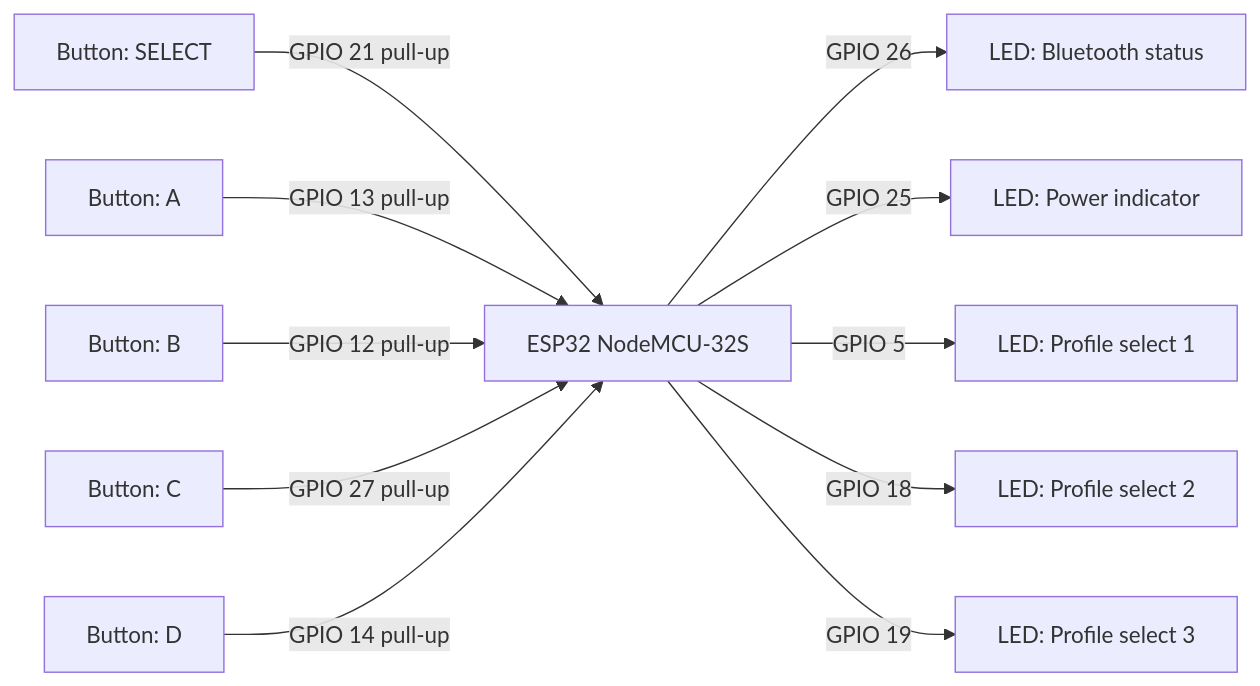
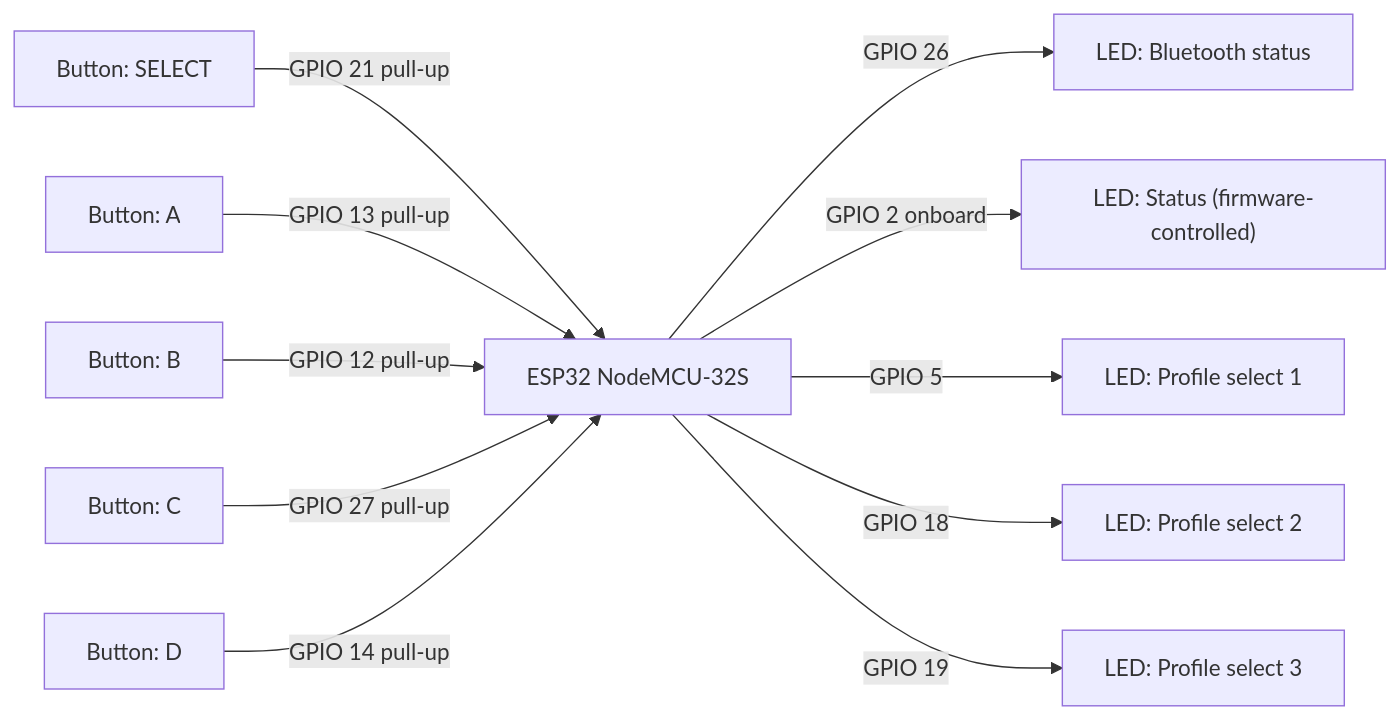
One commit to tgd1975/AwesomeStudioPedal changed the diagram in docs/builders/BUILD_GUIDE.md. Above: the diagram before and after it, drawn with Mermaid. The commit also changed other lines of this file and 717 other files, not shown here.

````diff
--- a/docs/builders/BUILD_GUIDE.md
+++ b/docs/builders/BUILD_GUIDE.md
@@ -26,16 +30,16 @@
 ```mermaid
 graph LR
     ESP["ESP32 NodeMCU-32S"]
 
     ESP -->|GPIO 26| BLE_LED["LED: Bluetooth status"]
-    ESP -->|GPIO 25| PWR_LED["LED: Power indicator"]
+    ESP -->|GPIO 2 onboard| STATUS_LED["LED: Status (firmware-controlled)"]
     ESP -->|GPIO 5| SEL1["LED: Profile select 1"]
     ESP -->|GPIO 18| SEL2["LED: Profile select 2"]
     ESP -->|GPIO 19| SEL3["LED: Profile select 3"]
 
     SEL["Button: SELECT"] -->|GPIO 21 pull-up| ESP
     BTN_A["Button: A"] -->|GPIO 13 pull-up| ESP
     BTN_B["Button: B"] -->|GPIO 12 pull-up| ESP
     BTN_C["Button: C"] -->|GPIO 27 pull-up| ESP
     BTN_D["Button: D"] -->|GPIO 14 pull-up| ESP
 ```
````
